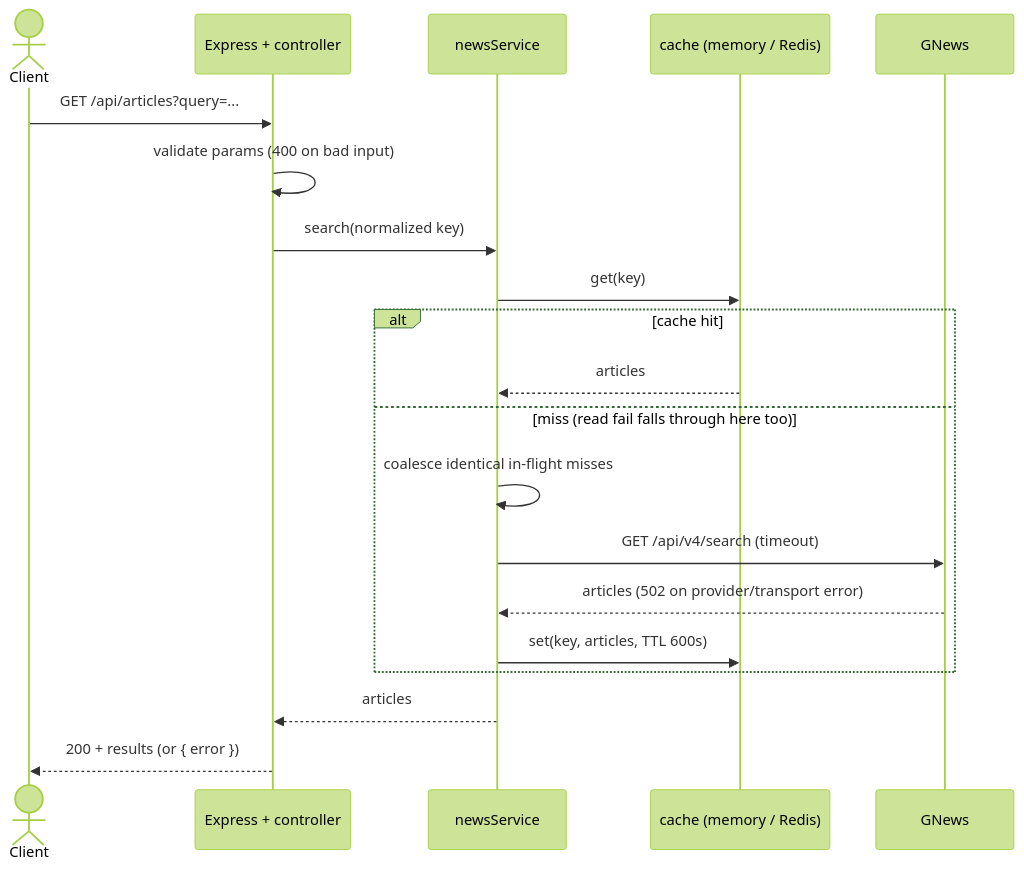
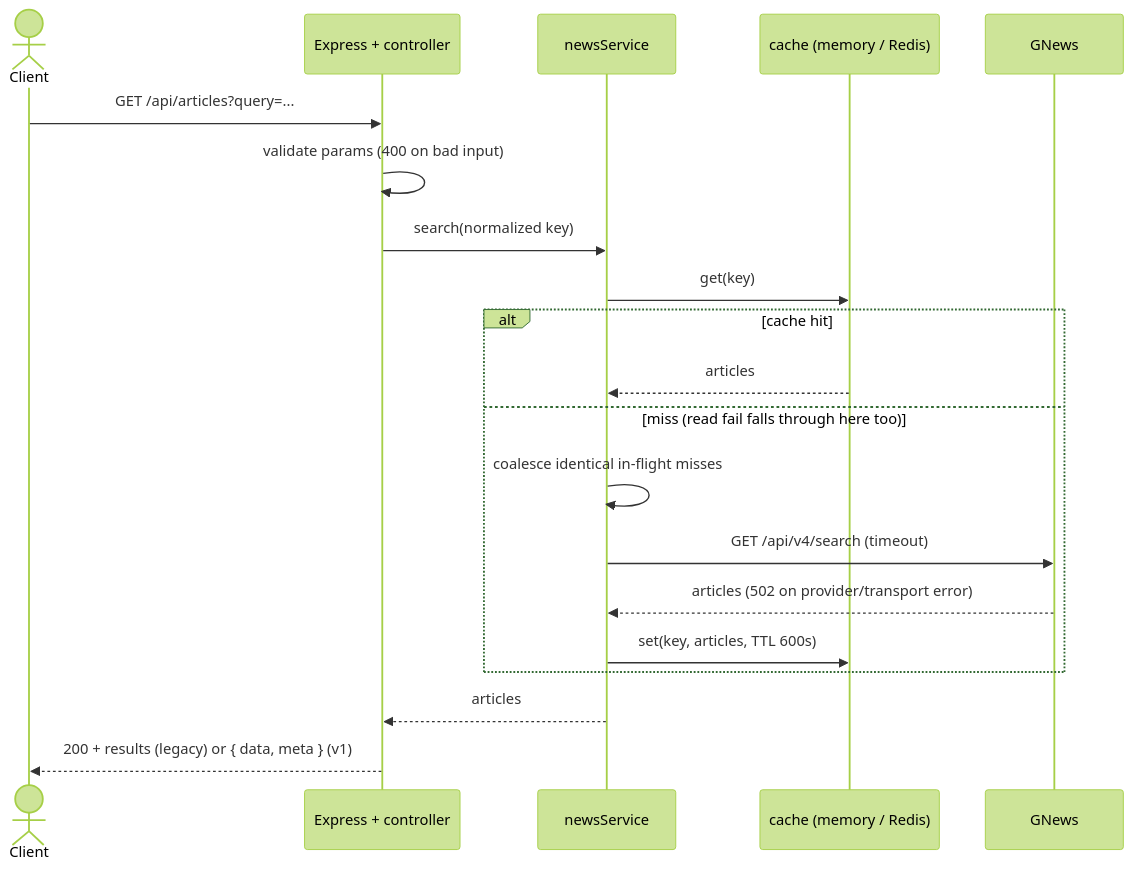
One commit to AlisinaDevelo/news-api changed the second of 3 diagrams in docs/ARCHITECTURE.md. Above: the diagram before and after it, drawn with Mermaid (forest theme). The commit also changed other lines of this file and 12 other files, not shown here.

````diff
--- a/docs/ARCHITECTURE.md
+++ b/docs/ARCHITECTURE.md
@@ -27,23 +28,23 @@
 ```mermaid
 sequenceDiagram
   actor Client
   participant API as Express + controller
   participant Svc as newsService
   participant Cache as cache (memory / Redis)
   participant GNews
 
   Client->>API: GET /api/articles?query=...
   API->>API: validate params (400 on bad input)
   API->>Svc: search(normalized key)
   Svc->>Cache: get(key)
   alt cache hit
     Cache-->>Svc: articles
   else miss (read fail falls through here too)
     Svc->>Svc: coalesce identical in-flight misses
     Svc->>GNews: GET /api/v4/search (timeout)
     GNews-->>Svc: articles  (502 on provider/transport error)
     Svc->>Cache: set(key, articles, TTL 600s)
   end
   Svc-->>API: articles
-  API-->>Client: 200 + results (or { error })
+  API-->>Client: 200 + results (legacy) or { data, meta } (v1)
 ```
````
